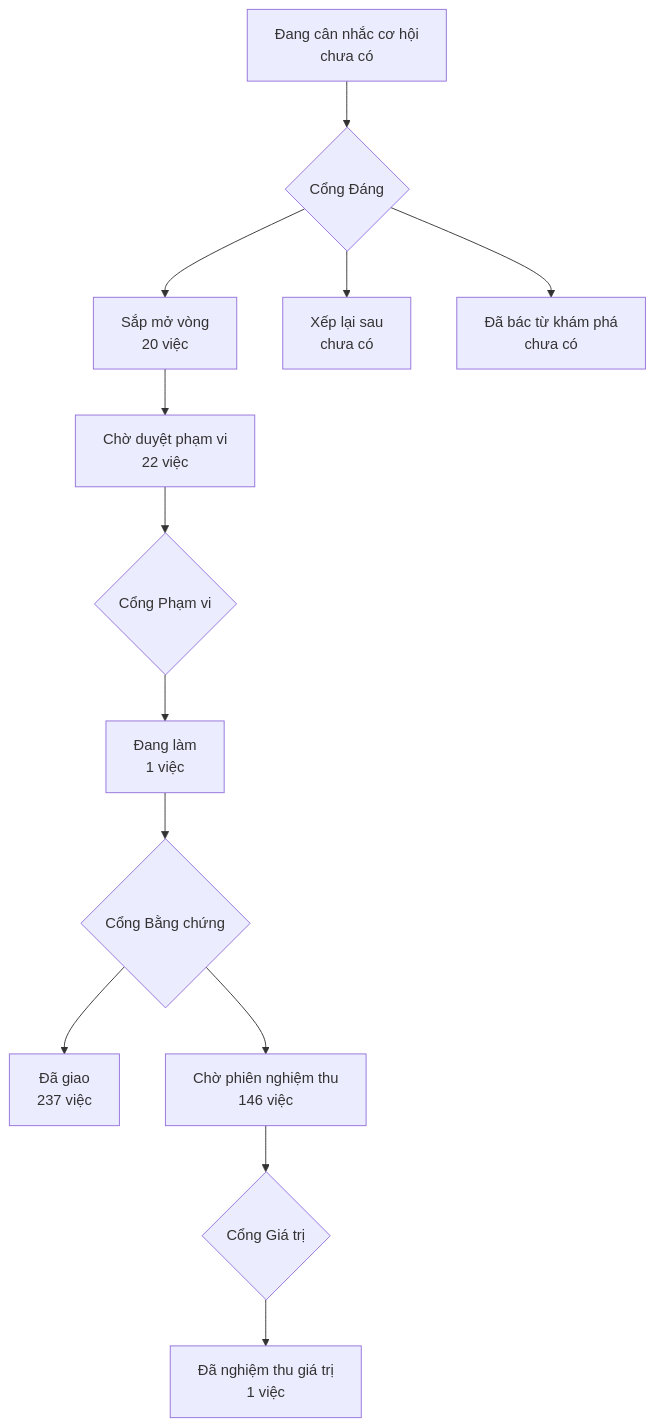
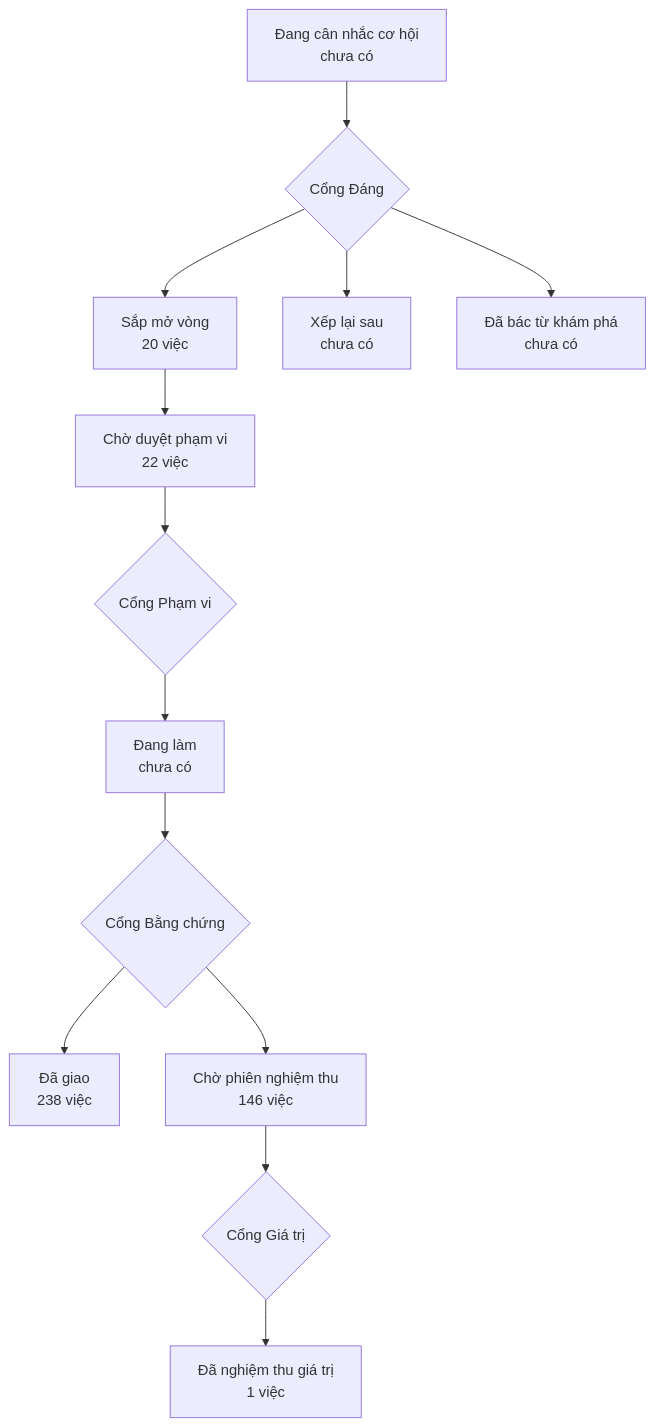
The diagram in PRODUCT-MAP.md (phanlemanh/onehub-invest), drawn with Mermaid before and after one commit. The commit also changed other lines of this file and 4 other files, not shown here.

````diff
--- a/PRODUCT-MAP.md
+++ b/PRODUCT-MAP.md
@@ -7,12 +7,12 @@
 ```mermaid
 flowchart TD
   A["Đang cân nhắc cơ hội<br/>chưa có"] --> GD{"Cổng Đáng"}
   GD --> B["Sắp mở vòng<br/>20 việc"]
   GD --> XL["Xếp lại sau<br/>chưa có"]
   GD --> DB["Đã bác từ khám phá<br/>chưa có"]
   B --> CD["Chờ duyệt phạm vi<br/>22 việc"] --> GP{"Cổng Phạm vi"}
-  GP --> DL["Đang làm<br/>1 việc"] --> GB{"Cổng Bằng chứng"}
-  GB --> DG["Đã giao<br/>237 việc"]
+  GP --> DL["Đang làm<br/>chưa có"] --> GB{"Cổng Bằng chứng"}
+  GB --> DG["Đã giao<br/>238 việc"]
   GB --> CN["Chờ phiên nghiệm thu<br/>146 việc"] --> GG{"Cổng Giá trị"}
   GG --> NT["Đã nghiệm thu giá trị<br/>1 việc"]
 ```
````
